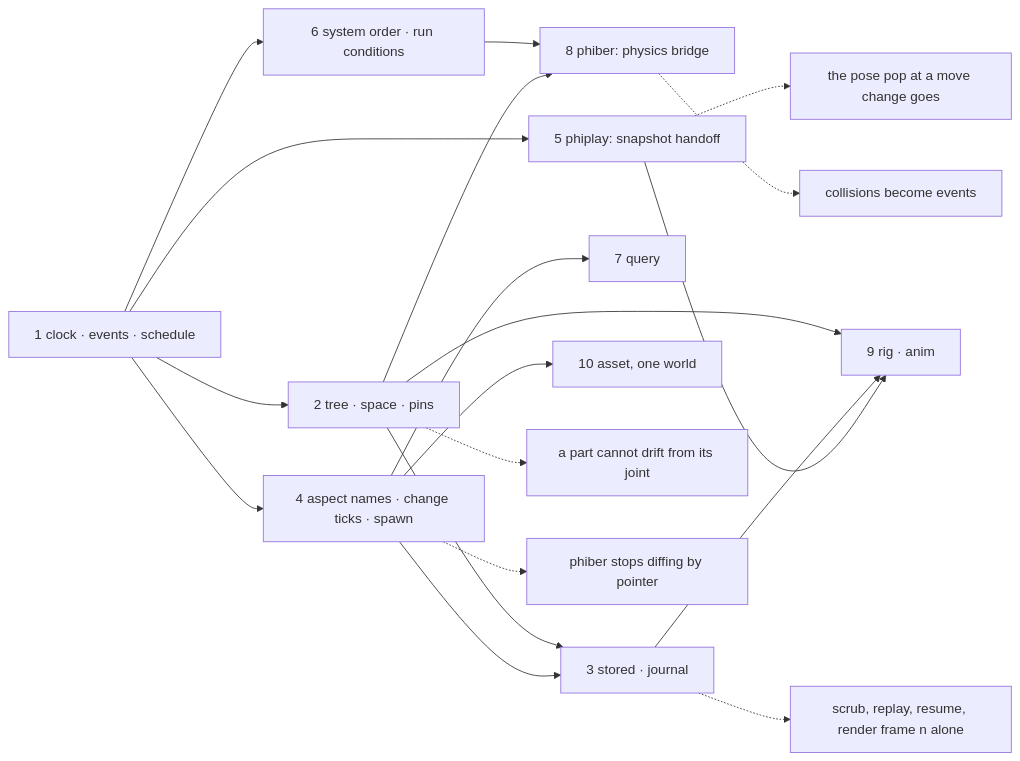
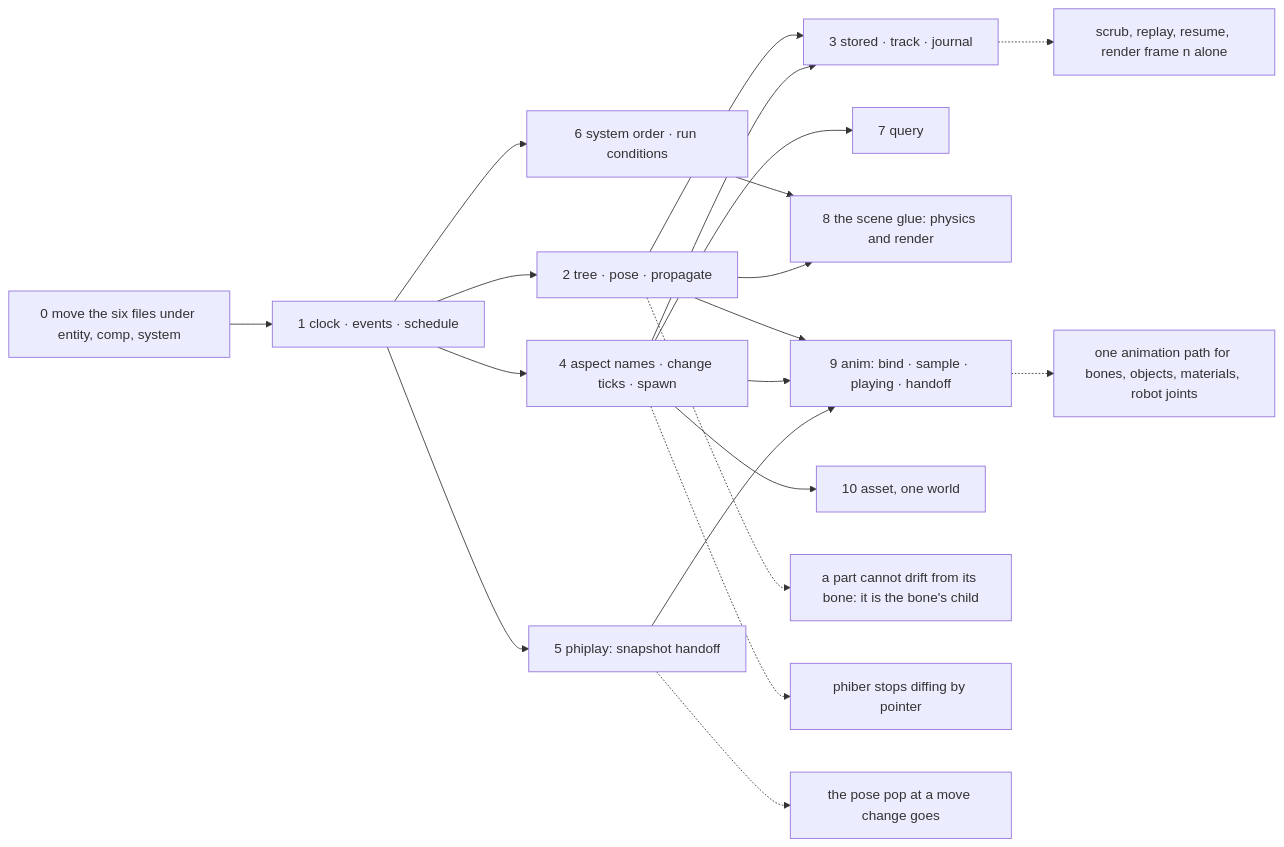
Before and after one commit to gemphi/phikit: the first of 2 diagrams in crates/phicore/phiecs/PLAN.md, drawn with Mermaid. The commit also changed other lines of this file and 21 other files, not shown here.

````diff
--- a/crates/phicore/phiecs/PLAN.md
+++ b/crates/phicore/phiecs/PLAN.md
@@ -58,33 +81,34 @@
 ```mermaid
 graph LR
+    w0["0 move the six files under entity, comp, system"]
     w1["1 clock · events · schedule"]
-    w2["2 tree · space · pins"]
-    w3["3 stored · journal"]
+    w2["2 tree · pose · propagate"]
+    w3["3 stored · track · journal"]
     w4["4 aspect names · change ticks · spawn"]
     w5["5 phiplay: snapshot handoff"]
     w6["6 system order · run conditions"]
     w7["7 query"]
-    w8["8 phiber: physics bridge"]
-    w9["9 rig · anim"]
+    w8["8 the scene glue: physics and render"]
+    w9["9 anim: bind · sample · playing · handoff"]
     w10["10 asset, one world"]
-    w1 --> w2 --> w3
+    w0 --> w1 --> w2 --> w3
     w1 --> w4 --> w3
     w1 --> w5
     w1 --> w6 --> w8
     w2 --> w8
     w4 --> w7
     w2 --> w9
-    w3 --> w9
+    w4 --> w9
     w5 --> w9
     w4 --> w10
-    u2["a part cannot drift from its joint"]
+    u2["a part cannot drift from its bone: it is the bone's child"]
     u3["scrub, replay, resume, render frame n alone"]
     u4["phiber stops diffing by pointer"]
     u5["the pose pop at a move change goes"]
-    u8["collisions become events"]
+    u9["one animation path for bones, objects, materials, robot joints"]
     w2 -.-> u2
     w3 -.-> u3
     w4 -.-> u4
     w5 -.-> u5
-    w8 -.-> u8
+    w9 -.-> u9
 ```
````
